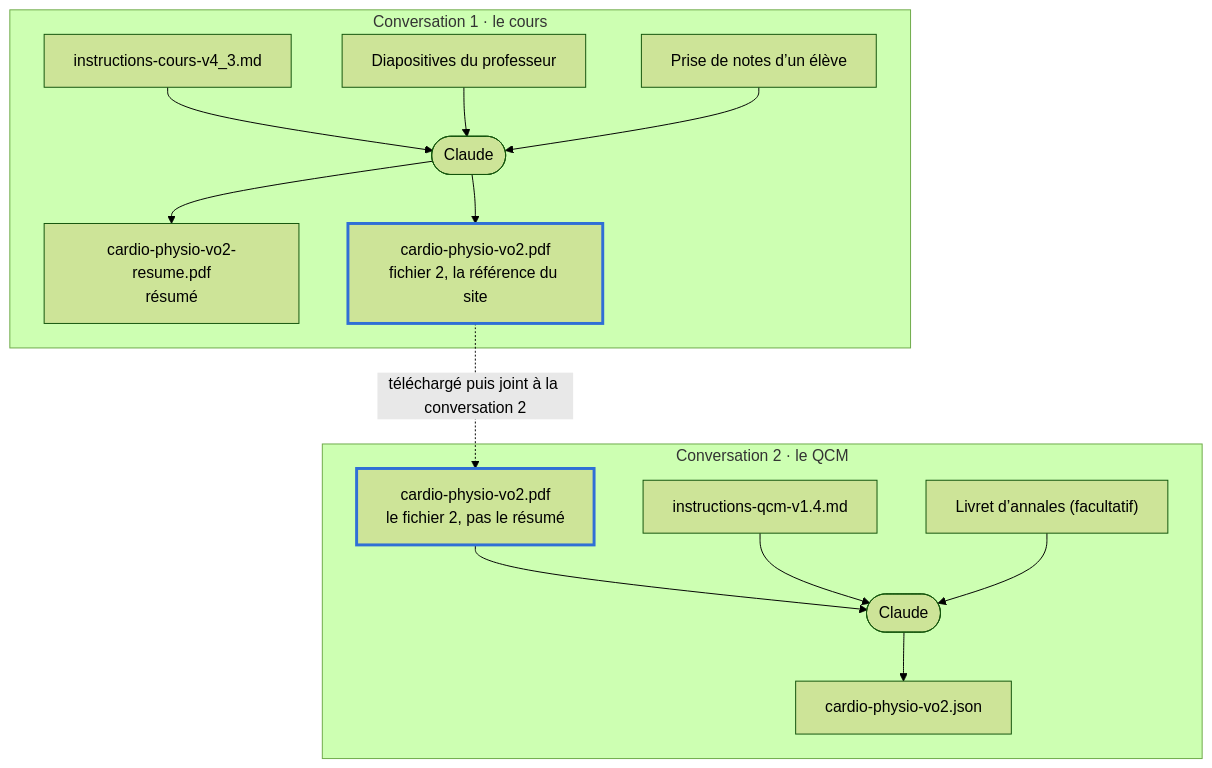
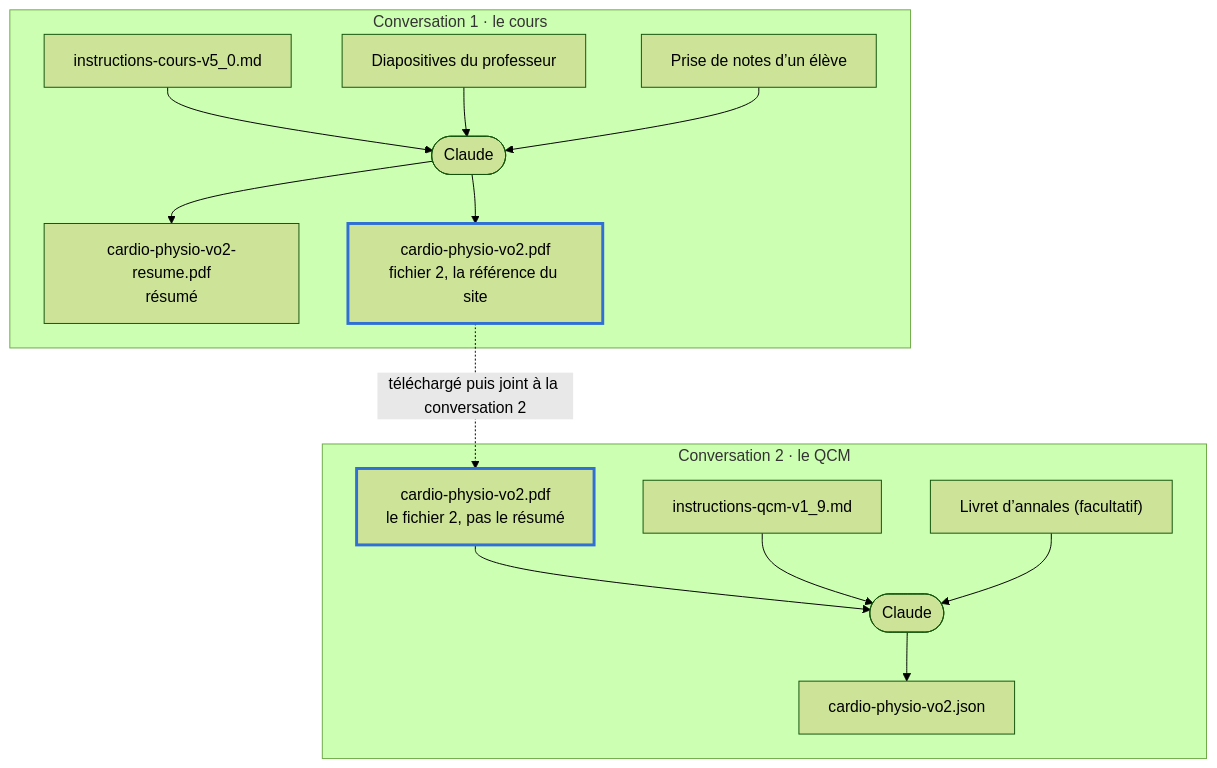
One commit to ValentinStudMedRennes/QuizzMed changed the first of 2 diagrams in README.md. Above: the diagram before and after it, drawn with Mermaid (forest theme). The commit also changed other lines of this file and 1 other file, not shown here.

````diff
--- a/README.md
+++ b/README.md
@@ -9,19 +9,19 @@
 ```mermaid
 flowchart TB
   subgraph C1["Conversation 1 · le cours"]
-    I1["instructions-cours-v4_3.md"] --> CL1(["Claude"])
+    I1["instructions-cours-v5_0.md"] --> CL1(["Claude"])
     D["Diapositives du professeur"] --> CL1
     N["Prise de notes d’un élève"] --> CL1
     CL1 --> R["cardio-physio-vo2-resume.pdf<br/>résumé"]
     CL1 --> F2["cardio-physio-vo2.pdf<br/>fichier 2, la référence du site"]
   end
   subgraph C2["Conversation 2 · le QCM"]
     F2b["cardio-physio-vo2.pdf<br/>le fichier 2, pas le résumé"] --> CL2(["Claude"])
-    I2["instructions-qcm-v1.4.md"] --> CL2
+    I2["instructions-qcm-v1_9.md"] --> CL2
     A["Livret d’annales (facultatif)"] --> CL2
     CL2 --> J["cardio-physio-vo2.json"]
   end
   F2 -. "téléchargé puis joint à la conversation 2" .-> F2b
   classDef cle stroke:#2f6fd6,stroke-width:3px
   class F2,F2b cle
 ```
````
